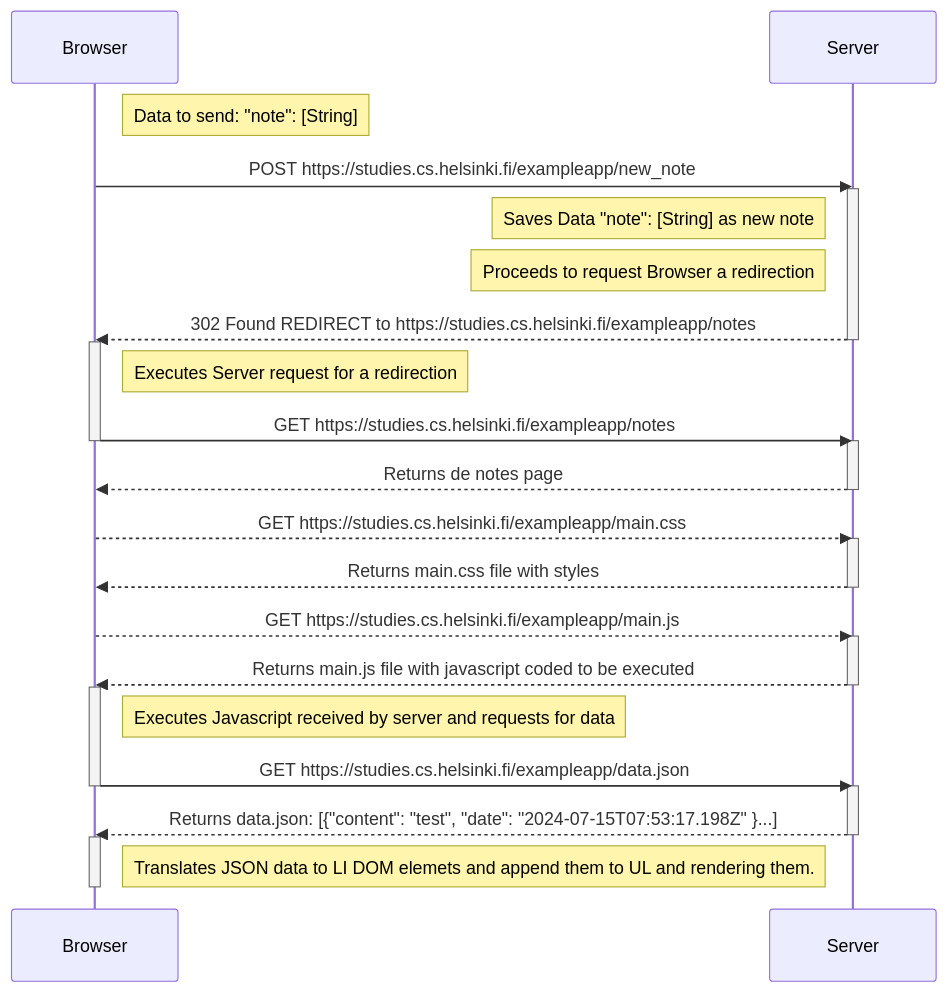
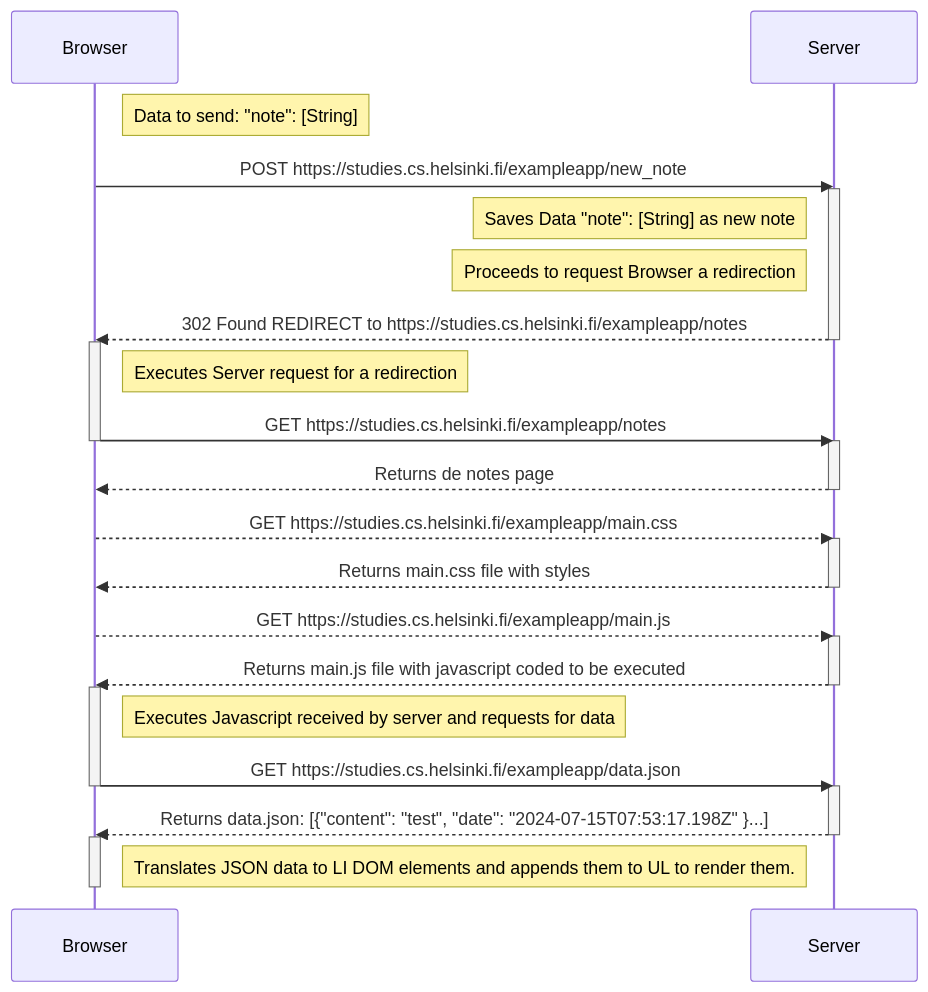
The diagram in 0.4/readme.md (ivanuria/fullstack-part-0), drawn with Mermaid before and after one commit.

````diff
--- a/0.4/readme.md
+++ b/0.4/readme.md
@@ -4,51 +4,51 @@
 ```mermaid
 sequenceDiagram
     participant Browser
     participant Server
 
     Note right of Browser: Data to send: "note": [String]
 
     Browser->>Server: POST https://studies.cs.helsinki.fi/exampleapp/new_note
   
     
     activate Server
     Note left of Server: Saves Data "note": [String] as new note
     Note left of Server: Proceeds to request Browser a redirection 
     Server-->>Browser: 302 Found REDIRECT to https://studies.cs.helsinki.fi/exampleapp/notes
     deactivate Server
 
     activate Browser       
     Note right of Browser: Executes Server request for a redirection    
     Browser->>Server: GET https://studies.cs.helsinki.fi/exampleapp/notes
     deactivate Browser
 
     activate Server
     Server-->>Browser: Returns de notes page
     deactivate Server
 
     Browser-->>Server: GET https://studies.cs.helsinki.fi/exampleapp/main.css
 
     activate Server
     Server-->>Browser: Returns main.css file with styles
     deactivate Server
 
     Browser-->>Server: GET https://studies.cs.helsinki.fi/exampleapp/main.js
 
     activate Server
     Server-->>Browser: Returns main.js file with javascript coded to be executed
     deactivate Server
 
     activate Browser       
     Note right of Browser: Executes Javascript received by server and requests for data    
     Browser->>Server: GET https://studies.cs.helsinki.fi/exampleapp/data.json
     deactivate Browser
 
     activate Server
     Server-->>Browser: Returns data.json: [{"content": "test", "date": "2024-07-15T07:53:17.198Z" }...]
     deactivate Server
 
     activate Browser       
-    Note right of Browser: Translates JSON data to LI DOM elemets and append them to UL and rendering them.
+    Note right of Browser: Translates JSON data to LI DOM elements and appends them to UL to render them.
     deactivate Browser
 
 ```
````
